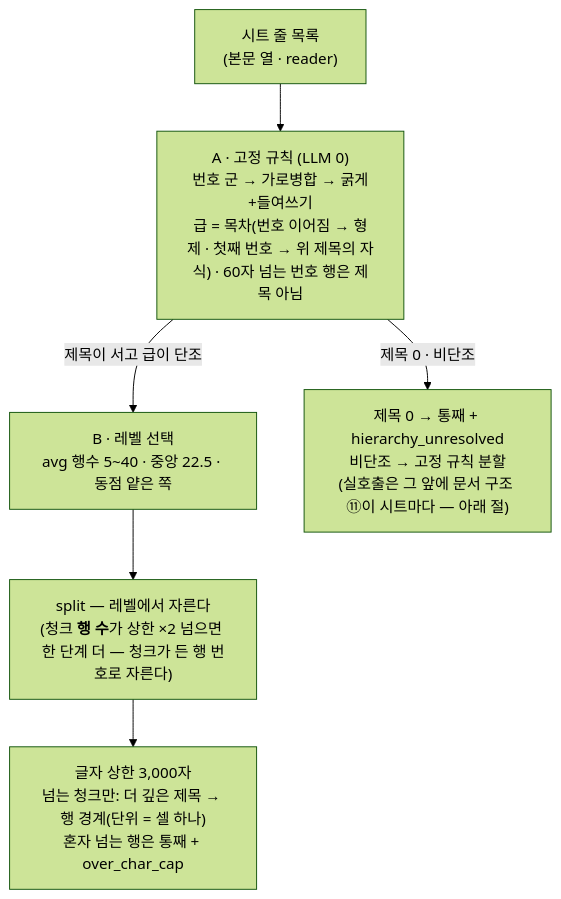
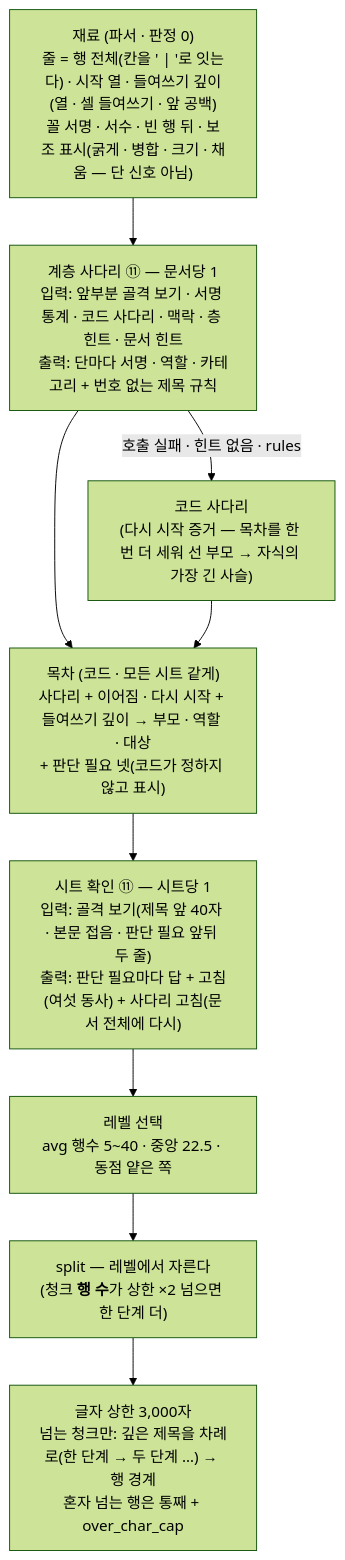
The second of 2 diagrams in docs/구조도/02_파싱과_추출.md (playjae0/ontology_system), drawn with Mermaid (forest theme) before and after one commit. The commit also changed other lines of this file and 16 other files, not shown here.

First line of the commit message:
B132 ⑥⑨ — 글자 상한은 깊은 제목을 차례로 · 경로는 구조의 부모 사슬 · 고침 적용 순서 고정 · 가이드 · 구조도 · --step 산문 관문 시험(시트마다 구조 확인)

````diff
--- a/docs/구조도/02_파싱과_추출.md
+++ b/docs/구조도/02_파싱과_추출.md
@@ -175,8 +175,10 @@
 ```mermaid
 flowchart TD
-  R["시트 줄 목록<br/>(본문 열 · reader)"] --> A1["A · 고정 규칙 (LLM 0)<br/>번호 군 → 가로병합 → 굵게+들여쓰기<br/>급 = 목차(번호 이어짐 → 형제 · 첫째 번호 → 위 제목의 자식) · 60자 넘는 번호 행은 제목 아님"]
-  A1 -->|제목이 서고 급이 단조| B1
-  A1 -->|제목 0 · 비단조| F0["제목 0 → 통째 + hierarchy_unresolved<br/>비단조 → 고정 규칙 분할<br/>(실호출은 그 앞에 문서 구조 ⑪이 시트마다 — 아래 절)"]
-  B1["B · 레벨 선택<br/>avg 행수 5~40 · 중앙 22.5 · 동점 얕은 쪽"] --> S["split — 레벨에서 자른다<br/>(청크 <b>행 수</b>가 상한 ×2 넘으면 한 단계 더 — 청크가 든 행 번호로 자른다)"]
-  S --> C["글자 상한 3,000자<br/>넘는 청크만: 더 깊은 제목 → 행 경계(단위 = 셀 하나)<br/>혼자 넘는 행은 통째 + over_char_cap"]
+  R["재료 (파서 · 판정 0)<br/>줄 = 행 전체(칸을 ' | '로 잇는다) · 시작 열 · 들여쓰기 깊이(열 · 셀 들여쓰기 · 앞 공백)<br/>꼴 서명 · 서수 · 빈 행 뒤 · 보조 표시(굵게 · 병합 · 크기 · 채움 — 단 신호 아님)"] --> L["계층 사다리 ⑪ — 문서당 1<br/>입력: 앞부분 골격 보기 · 서명 통계 · 코드 사다리 · 맥락 · 층 힌트 · 문서 힌트<br/>출력: 단마다 서명 · 역할 · 카테고리 + 번호 없는 제목 규칙"]
+  L -->|호출 실패 · 힌트 없음 · rules| K["코드 사다리<br/>(다시 시작 증거 — 목차를 한 번 더 세워 선 부모 → 자식의 가장 긴 사슬)"]
+  L --> T["목차 (코드 · 모든 시트 같게)<br/>사다리 + 이어짐 · 다시 시작 + 들여쓰기 깊이 → 부모 · 역할 · 대상<br/>+ 판단 필요 넷(코드가 정하지 않고 표시)"]
+  K --> T
+  T --> C["시트 확인 ⑪ — 시트당 1<br/>입력: 골격 보기(제목 앞 40자 · 본문 접음 · 판단 필요 앞뒤 두 줄)<br/>출력: 판단 필요마다 답 + 고침(여섯 동사) + 사다리 고침(문서 전체에 다시)"]
+  C --> B1["레벨 선택<br/>avg 행수 5~40 · 중앙 22.5 · 동점 얕은 쪽"] --> S["split — 레벨에서 자른다<br/>(청크 <b>행 수</b>가 상한 ×2 넘으면 한 단계 더)"]
+  S --> X["글자 상한 3,000자<br/>넘는 청크만: 깊은 제목을 차례로(한 단계 → 두 단계 …) → 행 경계<br/>혼자 넘는 행은 통째 + over_char_cap"]
 ```
````
